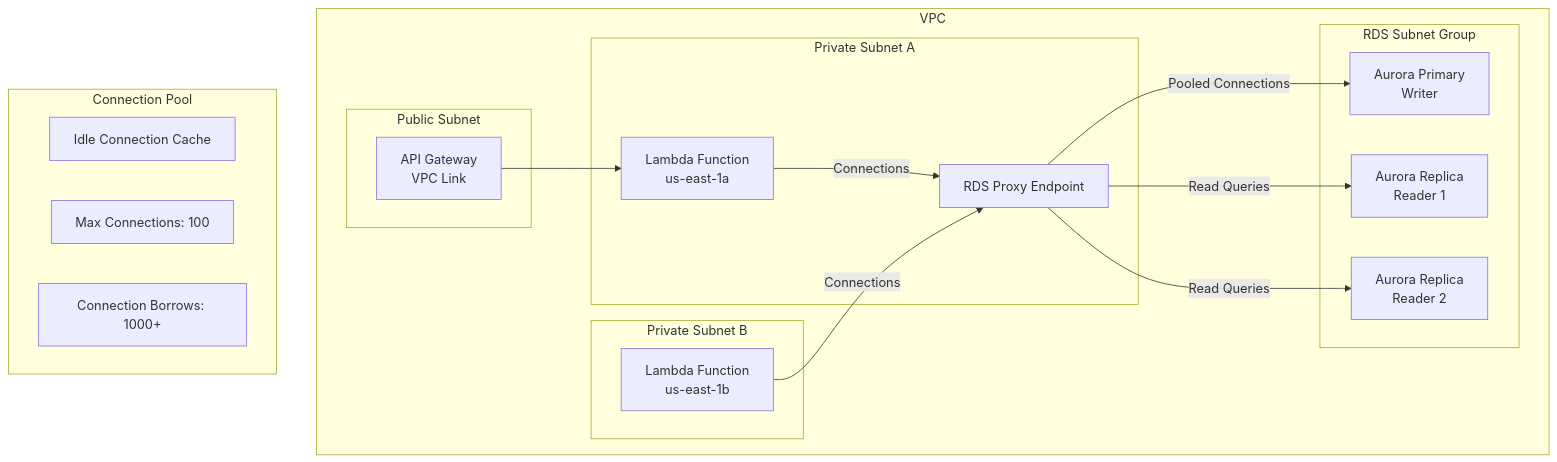
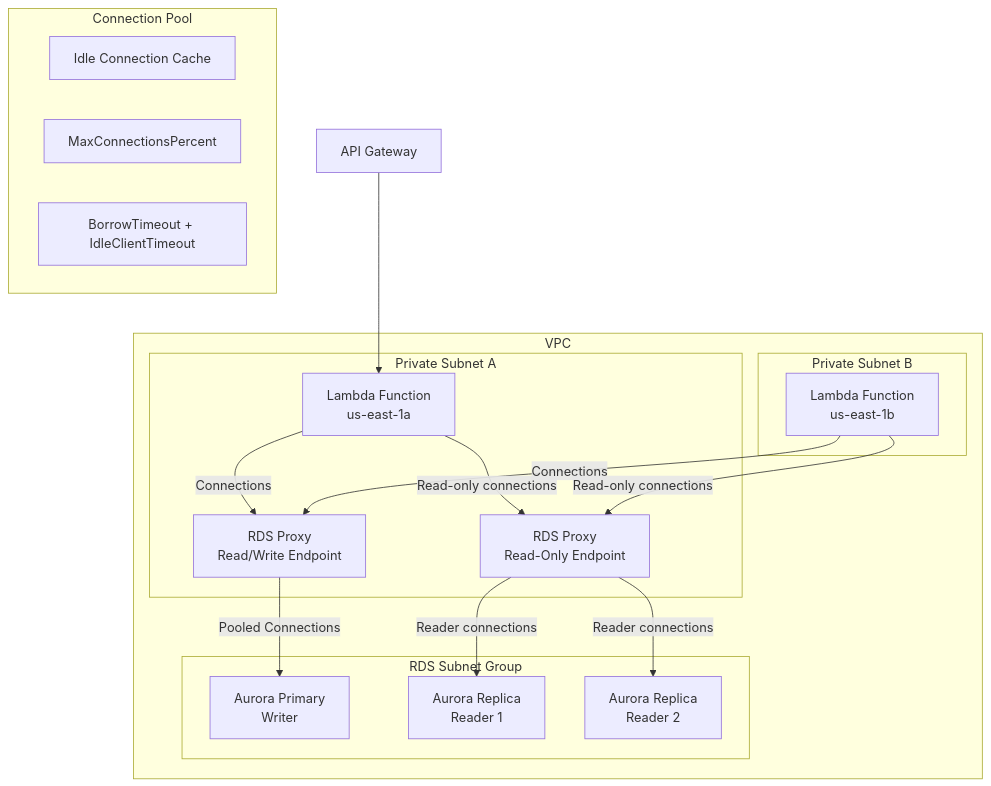
The second of 7 diagrams in Design/05-database-integration-patterns.md (AlexanderBesss/AWS_best_praactices), drawn with Mermaid before and after one commit. The commit also changed other lines of this file and 31 other files, not shown here.

````diff
--- a/Design/05-database-integration-patterns.md
+++ b/Design/05-database-integration-patterns.md
@@ -134,36 +135,35 @@
 ```mermaid
 graph TB
     subgraph "VPC"
-        subgraph "Public Subnet"
-            A[API Gateway<br/>VPC Link]
-        end
-        
         subgraph "Private Subnet A"
             B[Lambda Function<br/>us-east-1a]
-            C[RDS Proxy Endpoint]
+            C[RDS Proxy<br/>Read/Write Endpoint]
+            CR[RDS Proxy<br/>Read-Only Endpoint]
         end
         
         subgraph "Private Subnet B"
             D[Lambda Function<br/>us-east-1b]
         end
         
         subgraph "RDS Subnet Group"
             E[Aurora Primary<br/>Writer]
             F[Aurora Replica<br/>Reader 1]
             G[Aurora Replica<br/>Reader 2]
         end
     end
     
-    A --> B
+    A[API Gateway] --> B
     B -->|Connections| C
+    B -->|Read-only connections| CR
     D -->|Connections| C
+    D -->|Read-only connections| CR
     C -->|Pooled Connections| E
-    C -->|Read Queries| F
-    C -->|Read Queries| G
+    CR -->|Reader connections| F
+    CR -->|Reader connections| G
     
     subgraph "Connection Pool"
         H[Idle Connection Cache]
-        I[Max Connections: 100]
-        J[Connection Borrows: 1000+]
+        I[MaxConnectionsPercent]
+        J[BorrowTimeout + IdleClientTimeout]
     end
 ```
````
